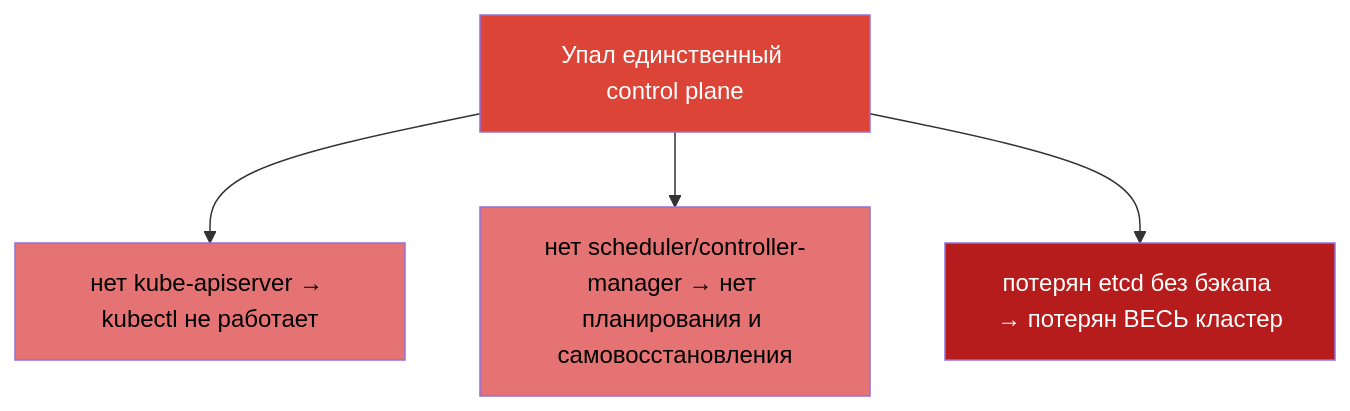
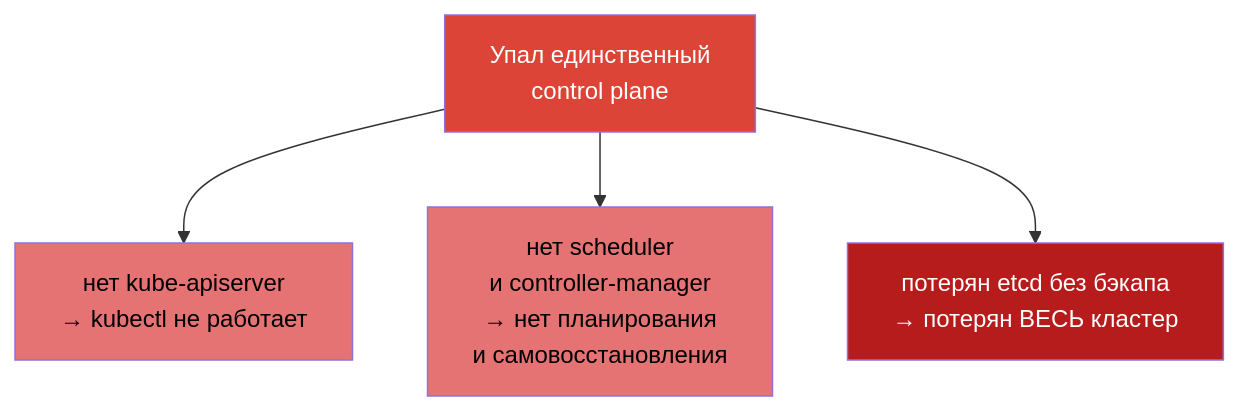
One commit to ViktorUJ/cks changed the first of 6 diagrams in tasks/cka/course/35-2-ha/ru.md. Above: the diagram before and after it, drawn with Mermaid. The commit also changed other lines of this file and 30 other files, not shown here.

````diff
--- a/tasks/cka/course/35-2-ha/ru.md
+++ b/tasks/cka/course/35-2-ha/ru.md
@@ -18,11 +18,11 @@
 ```mermaid
 flowchart TB
-    down["Упал единственный control plane"]
-    down --> a["нет kube-apiserver → kubectl не работает"]
-    down --> b["нет scheduler/controller-manager → нет планирования и самовосстановления"]
-    down --> c["потерян etcd без бэкапа → потерян ВЕСЬ кластер"]
+    down["Упал единственный<br>control plane"]
+    down --> a["нет kube-apiserver<br>→ kubectl не работает"]
+    down --> b["нет scheduler<br>и controller-manager<br>→ нет планирования<br>и самовосстановления"]
+    down --> c["потерян etcd без бэкапа<br>→ потерян ВЕСЬ кластер"]
     style down fill:#db4437,color:#fff
     style a fill:#e57373,color:#000
     style b fill:#e57373,color:#000
     style c fill:#b71c1c,color:#fff
 ```
````
